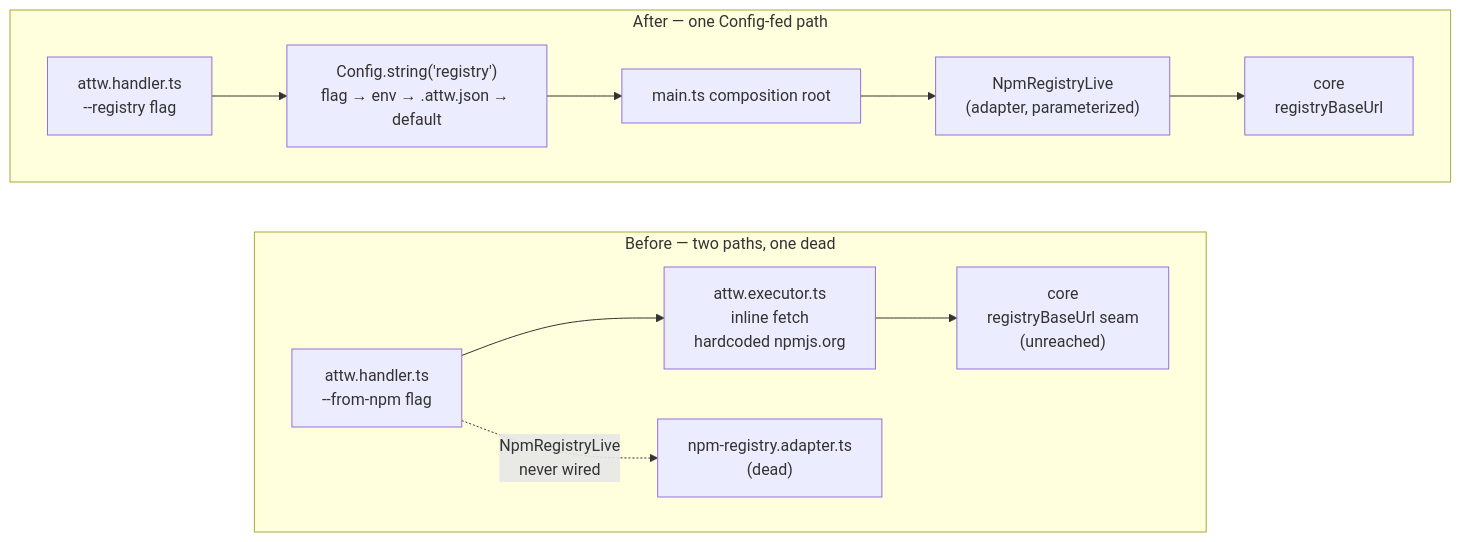
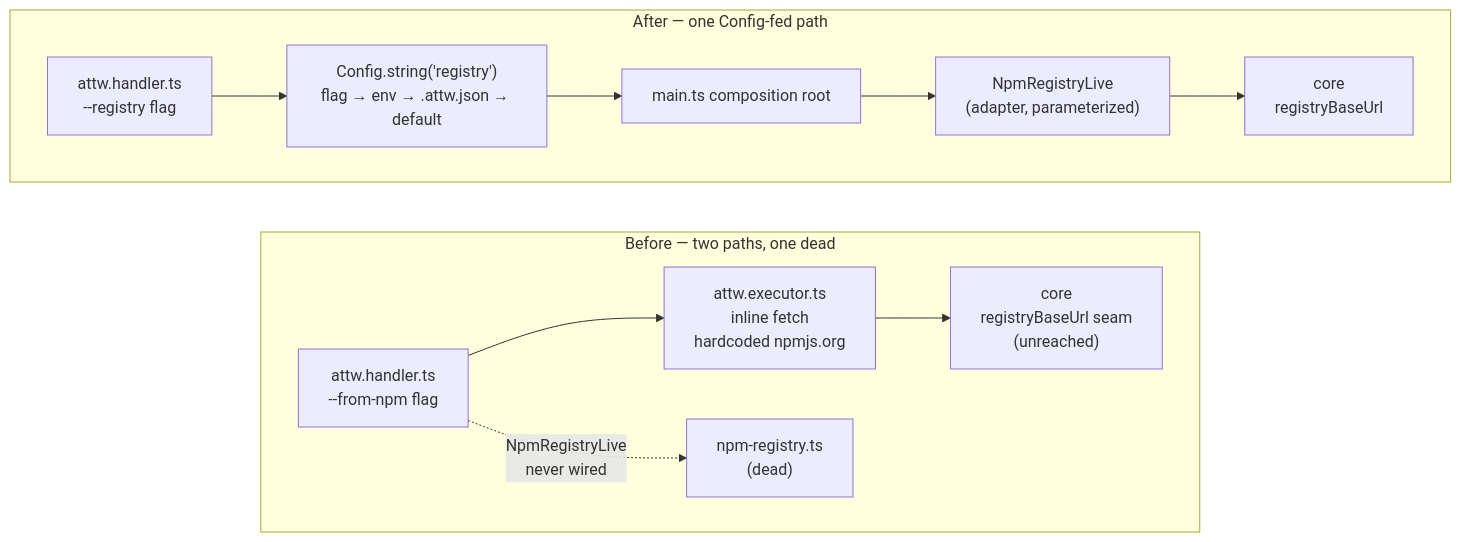
One commit to systemfsoftware/systemfsoftware changed the first of 2 diagrams in docs/plans/2026-08-10-001-fix-attw-cli-verification-merge-integration-plan.md. Above: the diagram before and after it, drawn with Mermaid. The commit also changed other lines of this file and 29 other files, not shown here.

````diff
--- a/docs/plans/2026-08-10-001-fix-attw-cli-verification-merge-integration-plan.md
+++ b/docs/plans/2026-08-10-001-fix-attw-cli-verification-merge-integration-plan.md
@@ -91,16 +91,16 @@
 ```mermaid
 flowchart LR
   subgraph Before["Before — two paths, one dead"]
     direction LR
     H1["attw.handler.ts\n--from-npm flag"] --> E1["attw.executor.ts\ninline fetch\nhardcoded npmjs.org"]
-    H1 -.->|"NpmRegistryLive\nnever wired"| A1["npm-registry.adapter.ts\n(dead)"]
+    H1 -.->|"NpmRegistryLive\nnever wired"| A1["npm-registry.ts\n(dead)"]
     E1 --> Core1["core\nregistryBaseUrl seam\n(unreached)"]
   end
   subgraph After["After — one Config-fed path"]
     direction LR
     H2["attw.handler.ts\n--registry flag"] --> Cfg["Config.string('registry')\nflag → env → .attw.json → default"]
     Cfg --> Root["main.ts composition root"]
     Root --> A2["NpmRegistryLive\n(adapter, parameterized)"]
     A2 --> Core2["core\nregistryBaseUrl"]
   end
 ```
````
